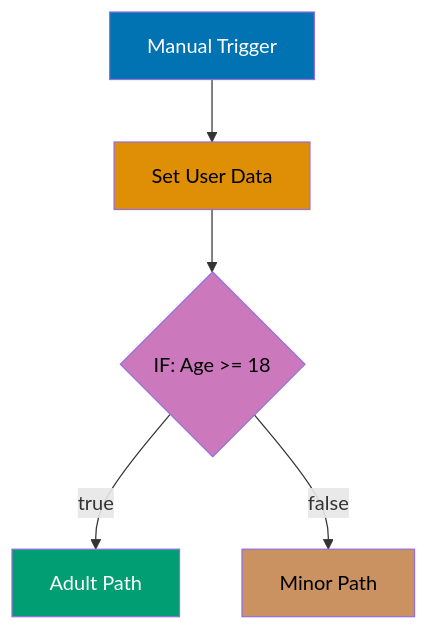
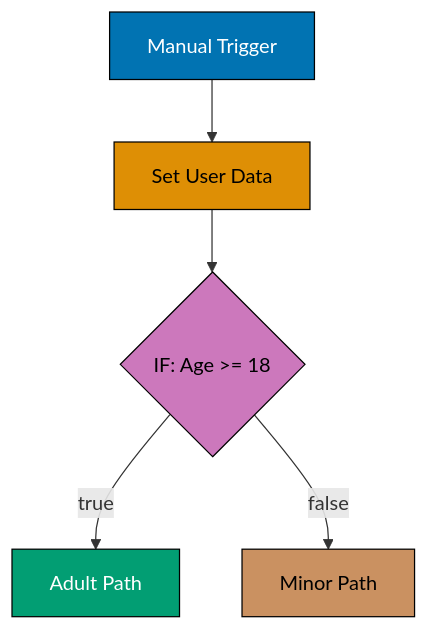
The third of 8 diagrams in apps/ayokoding-web/content/en/learn/software-engineering/automation/tools/n8n/tutorials/by-example/beginner.md (wahidyankf/open-sharia-enterprise), drawn with Mermaid before and after one commit. The commit also changed other lines of this file and 8 other files, not shown here.

````diff
--- a/apps/ayokoding-web/content/en/learn/software-engineering/automation/tools/n8n/tutorials/by-example/beginner.md
+++ b/apps/ayokoding-web/content/en/learn/software-engineering/automation/tools/n8n/tutorials/by-example/beginner.md
@@ -291,14 +291,14 @@
 ```mermaid
 %% Conditional routing based on age
 graph TD
     A[Manual Trigger] --> B[Set User Data]
     B --> C{IF: Age >= 18}
     C -->|true| D[Adult Path]
     C -->|false| E[Minor Path]
 
-    style A fill:#0173B2,color:#fff
-    style B fill:#DE8F05,color:#000
-    style C fill:#CC78BC,color:#000
-    style D fill:#029E73,color:#fff
-    style E fill:#CA9161,color:#000
+    style A fill:#0173B2,stroke:#000,color:#fff
+    style B fill:#DE8F05,stroke:#000,color:#000
+    style C fill:#CC78BC,stroke:#000,color:#000
+    style D fill:#029E73,stroke:#000,color:#fff
+    style E fill:#CA9161,stroke:#000,color:#000
 ```
````
